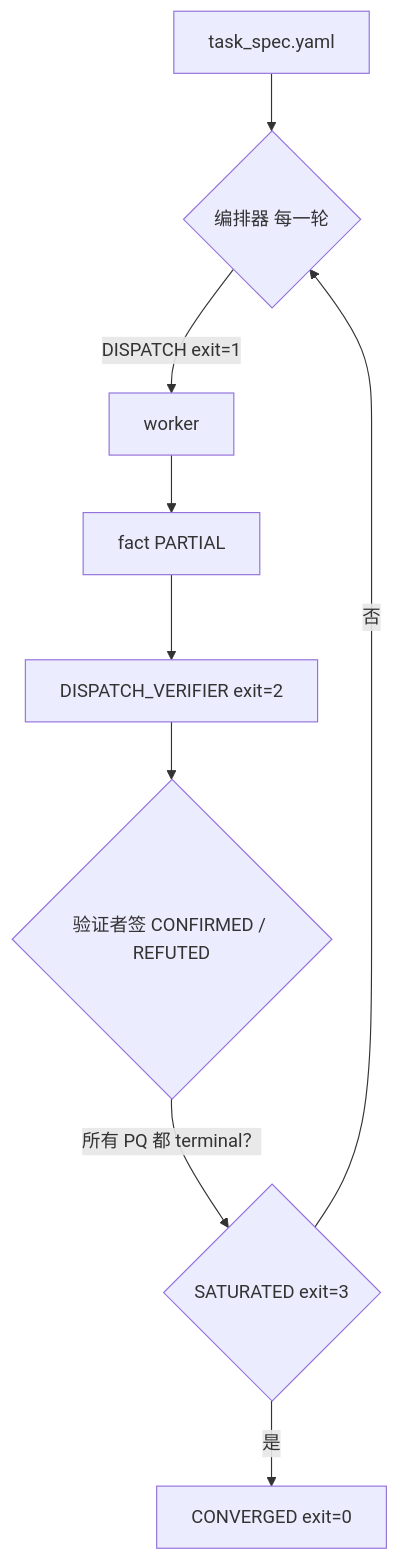
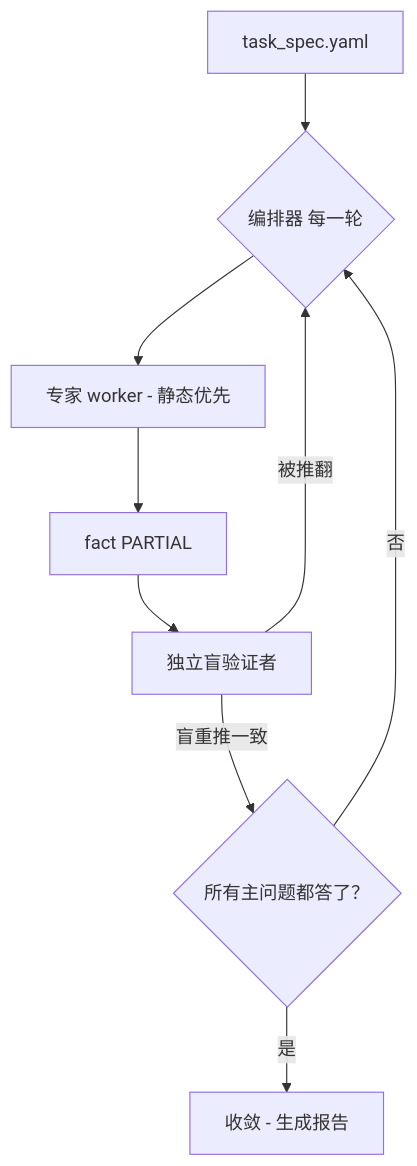
Before and after one commit to amd2g2zz/kunglao-agent: the diagram in README.zh-CN.md, drawn with Mermaid. The commit also changed other lines of this file and 1 other file, not shown here.

````diff
--- a/README.zh-CN.md
+++ b/README.zh-CN.md
@@ -244,11 +173,11 @@
 ```mermaid
 flowchart TD
     spec[task_spec.yaml] --> orch{编排器 每一轮}
-    orch -->|DISPATCH exit=1| w[worker]
+    orch --> w[专家 worker - 静态优先]
     w --> part[fact PARTIAL]
-    part --> ver[DISPATCH_VERIFIER exit=2]
-    ver --> sign{验证者签 CONFIRMED / REFUTED}
-    sign -->|所有 PQ 都 terminal？| sat{SATURATED exit=3}
-    sat -->|否| orch
-    sat -->|是| conv[CONVERGED exit=0]
+    part --> ver[独立盲验证者]
+    ver -->|盲重推一致| more{所有主问题都答了？}
+    ver -->|被推翻| orch
+    more -->|否| orch
+    more -->|是| conv[收敛 - 生成报告]
 ```
````
